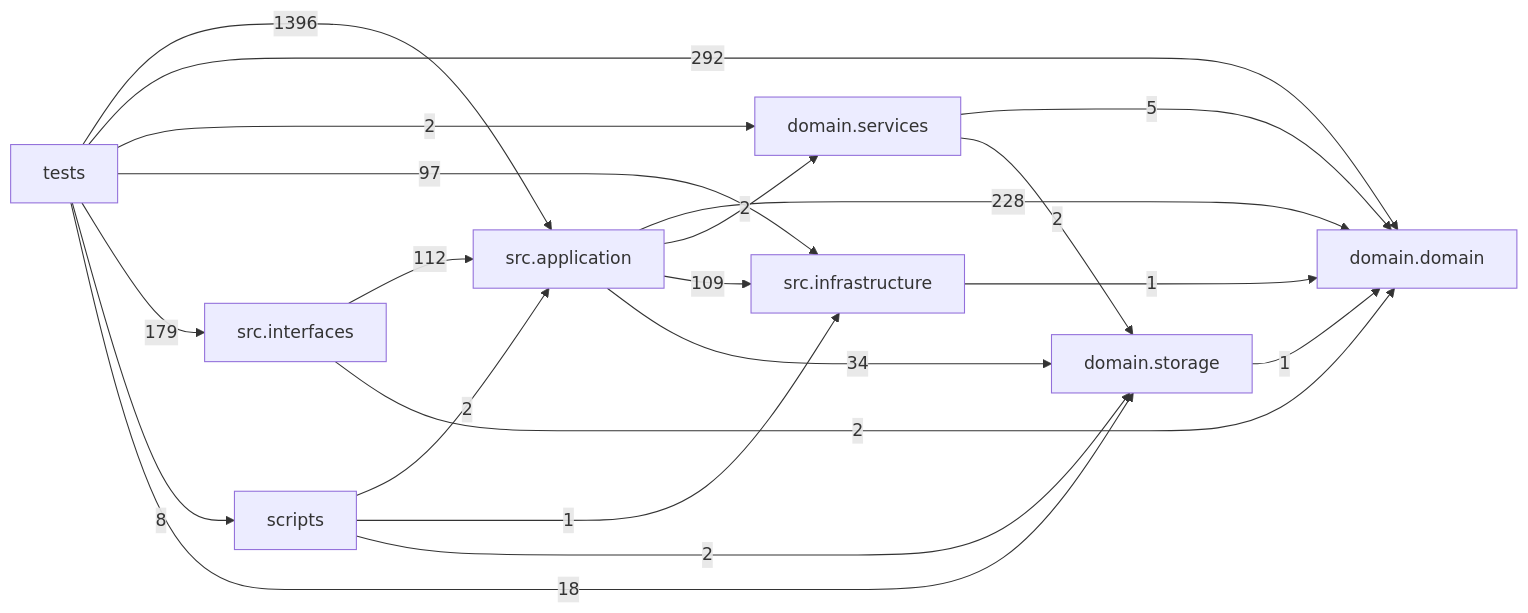
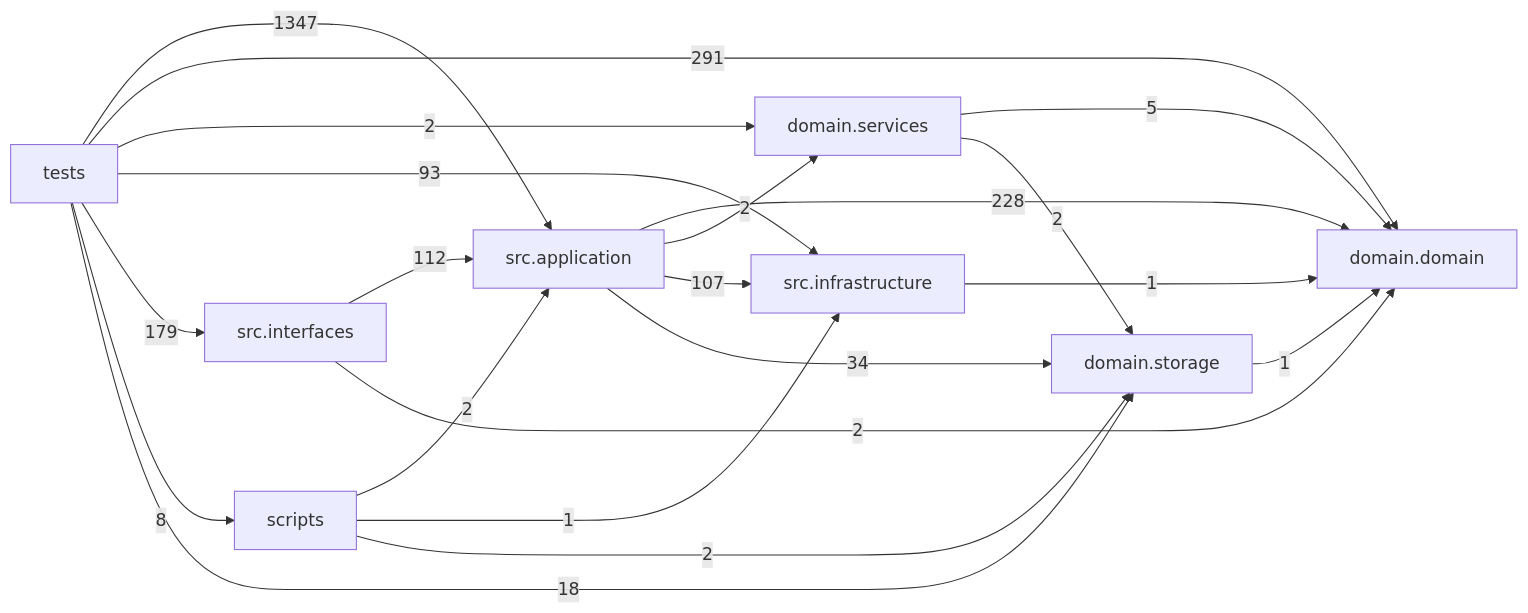
The diagram in docs/DEPENDENCY_GRAPH.md (liuxie066/options-monitor), drawn with Mermaid before and after one commit. The commit also changed other lines of this file and 71 other files, not shown here.

````diff
--- a/docs/DEPENDENCY_GRAPH.md
+++ b/docs/DEPENDENCY_GRAPH.md
@@ -24,31 +24,31 @@
 ```mermaid
 flowchart LR
   tests["tests"]
   scripts["scripts"]
   interfaces["src.interfaces"]
   application["src.application"]
   infrastructure["src.infrastructure"]
   domain_services["domain.services"]
   domain["domain.domain"]
   storage["domain.storage"]
   application -->|228| domain
   application -->|2| domain_services
-  application -->|109| infrastructure
+  application -->|107| infrastructure
   application -->|34| storage
   domain_services -->|5| domain
   domain_services -->|2| storage
   infrastructure -->|1| domain
   interfaces -->|112| application
   interfaces -->|2| domain
   scripts -->|2| application
   scripts -->|1| infrastructure
   scripts -->|2| storage
   storage -->|1| domain
-  tests -->|1396| application
-  tests -->|292| domain
+  tests -->|1347| application
+  tests -->|291| domain
   tests -->|2| domain_services
-  tests -->|97| infrastructure
+  tests -->|93| infrastructure
   tests -->|179| interfaces
   tests -->|8| scripts
   tests -->|18| storage
 ```
````
